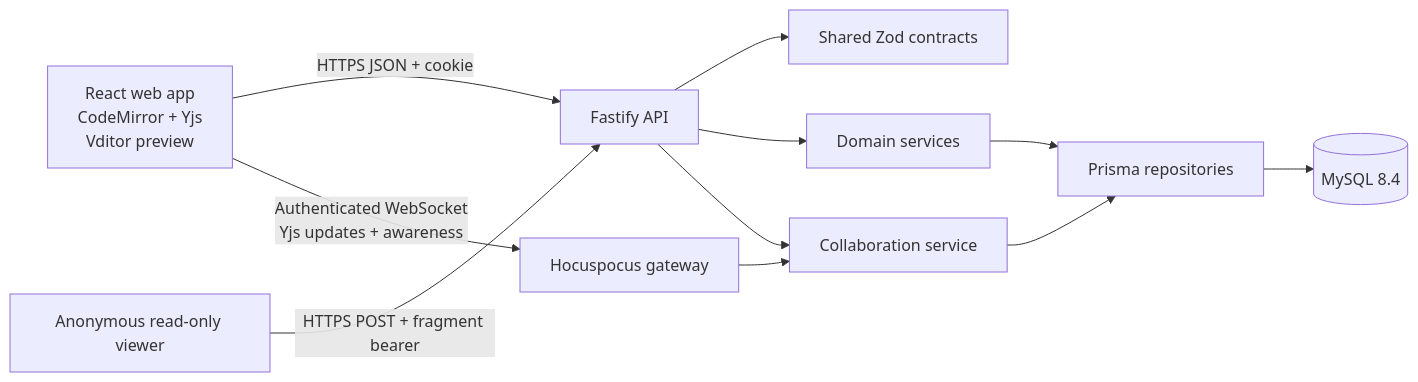
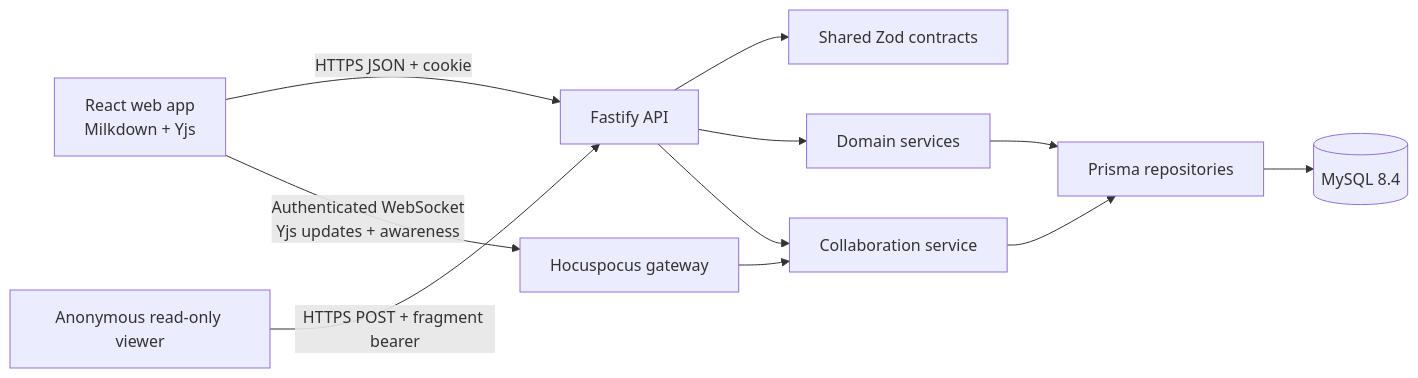
Before and after one commit to bombzj/TeamMD: the first of 3 diagrams in docs/architecture.md, drawn with Mermaid. The commit also changed other lines of this file and 40 other files, not shown here.

````diff
--- a/docs/architecture.md
+++ b/docs/architecture.md
@@ -7,13 +7,13 @@
 ```mermaid
 flowchart LR
-  Browser[React web app<br/>CodeMirror + Yjs<br/>Vditor preview] -->|HTTPS JSON + cookie| API[Fastify API]
+  Browser[React web app<br/>Milkdown + Yjs] -->|HTTPS JSON + cookie| API[Fastify API]
   Public[Anonymous read-only viewer] -->|HTTPS POST + fragment bearer| API
   Browser -->|Authenticated WebSocket<br/>Yjs updates + awareness| Gateway[Hocuspocus gateway]
   API --> Contracts[Shared Zod contracts]
   API --> Services[Domain services]
   Gateway --> Collaboration[Collaboration service]
   API --> Collaboration
   Services --> Prisma[Prisma repositories]
   Collaboration --> Prisma
   Prisma --> MySQL[(MySQL 8.4)]
 ```
````
